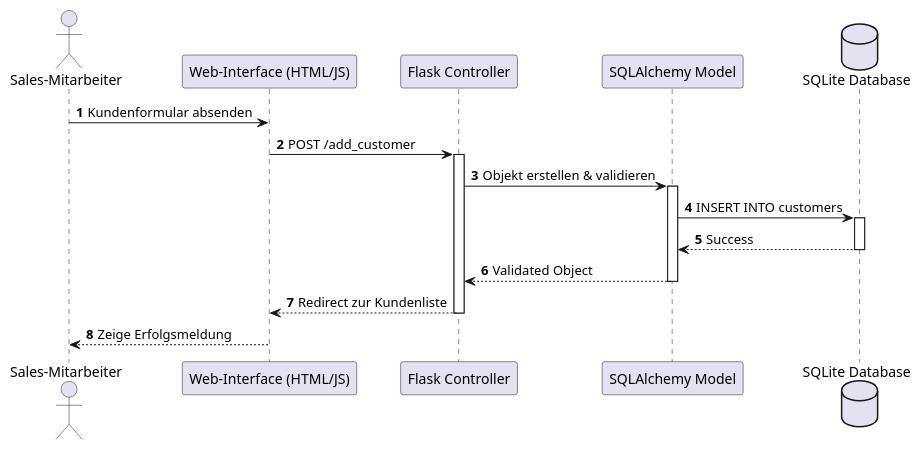
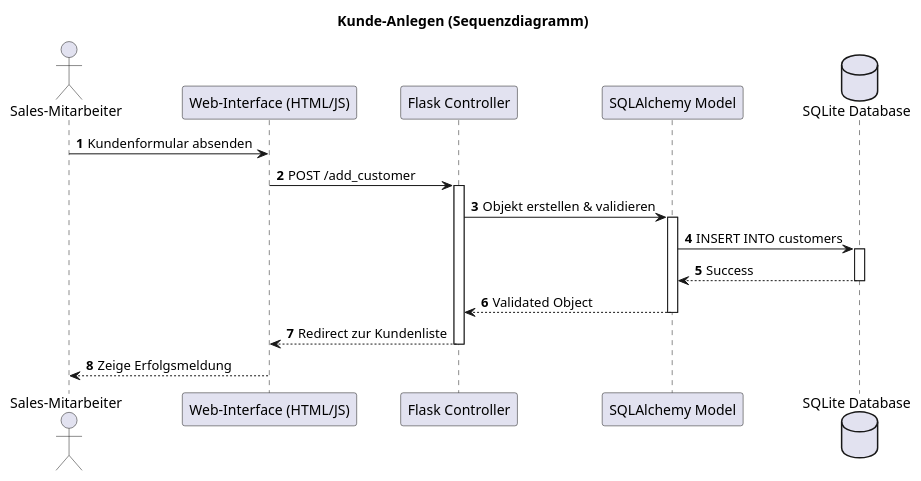
One commit to ysun76/CRM_init_ysun changed the diagram in docs/sequence_kunde_anlegen.puml. Above: the diagram before and after it, drawn with PlantUML. The commit also changed 7 other files, not shown here.

```diff
--- a/docs/sequence_kunde_anlegen.puml
+++ b/docs/sequence_kunde_anlegen.puml
@@ -1,23 +1,25 @@
 @startuml
+title Kunde-Anlegen (Sequenzdiagramm)
+
 autonumber
 actor "Sales-Mitarbeiter" as Sales
 participant "Web-Interface (HTML/JS)" as View
 participant "Flask Controller" as Ctrl
 participant "SQLAlchemy Model" as Model
 database "SQLite Database" as DB
 
 Sales -> View : Kundenformular absenden
 View -> Ctrl : POST /add_customer
 activate Ctrl
 Ctrl -> Model : Objekt erstellen & validieren
 activate Model
 Model -> DB : INSERT INTO customers
 activate DB
 DB --> Model : Success
 deactivate DB
 Model --> Ctrl : Validated Object
 deactivate Model
 Ctrl --> View : Redirect zur Kundenliste
 deactivate Ctrl
 View --> Sales : Zeige Erfolgsmeldung
 @enduml
```
